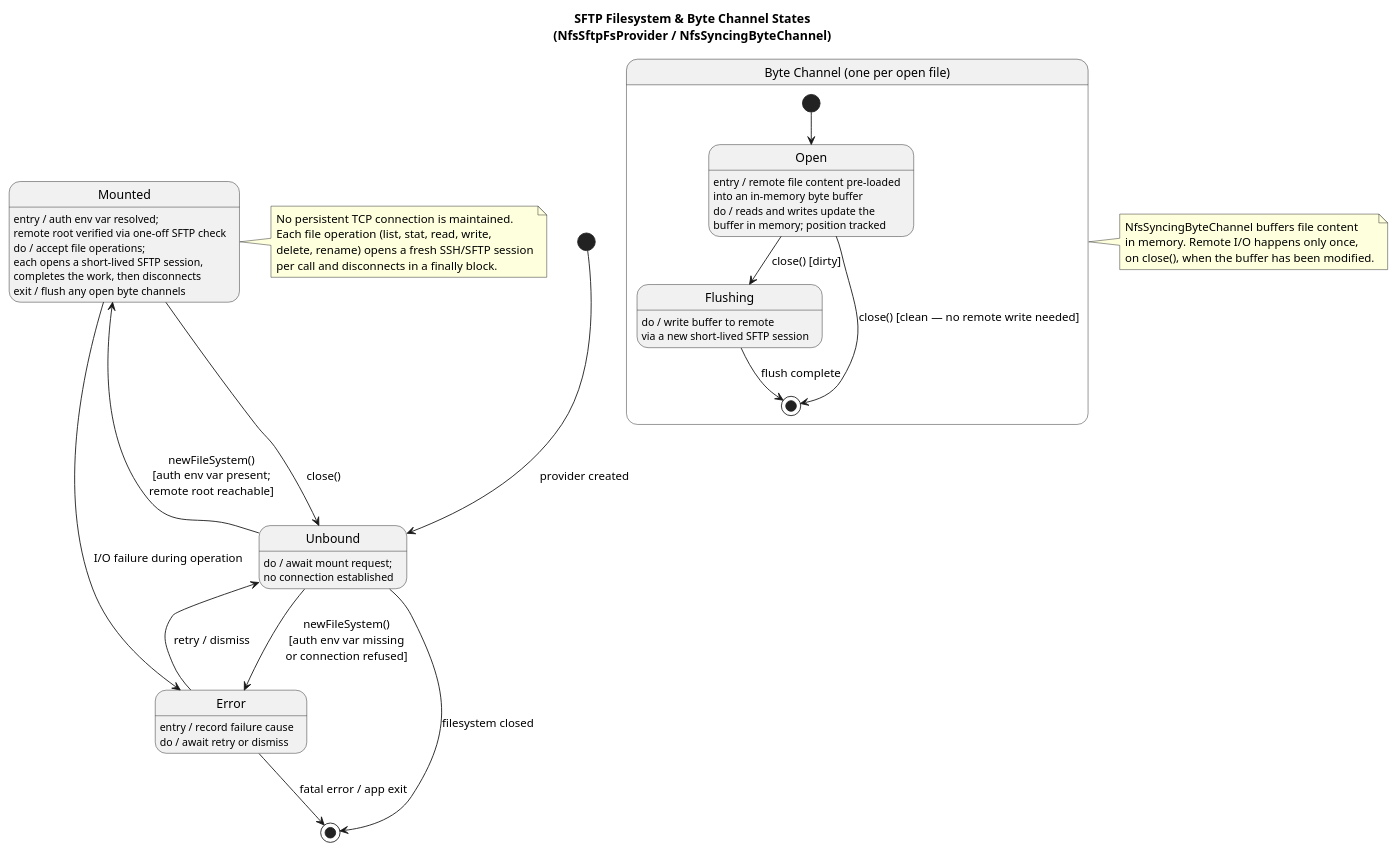
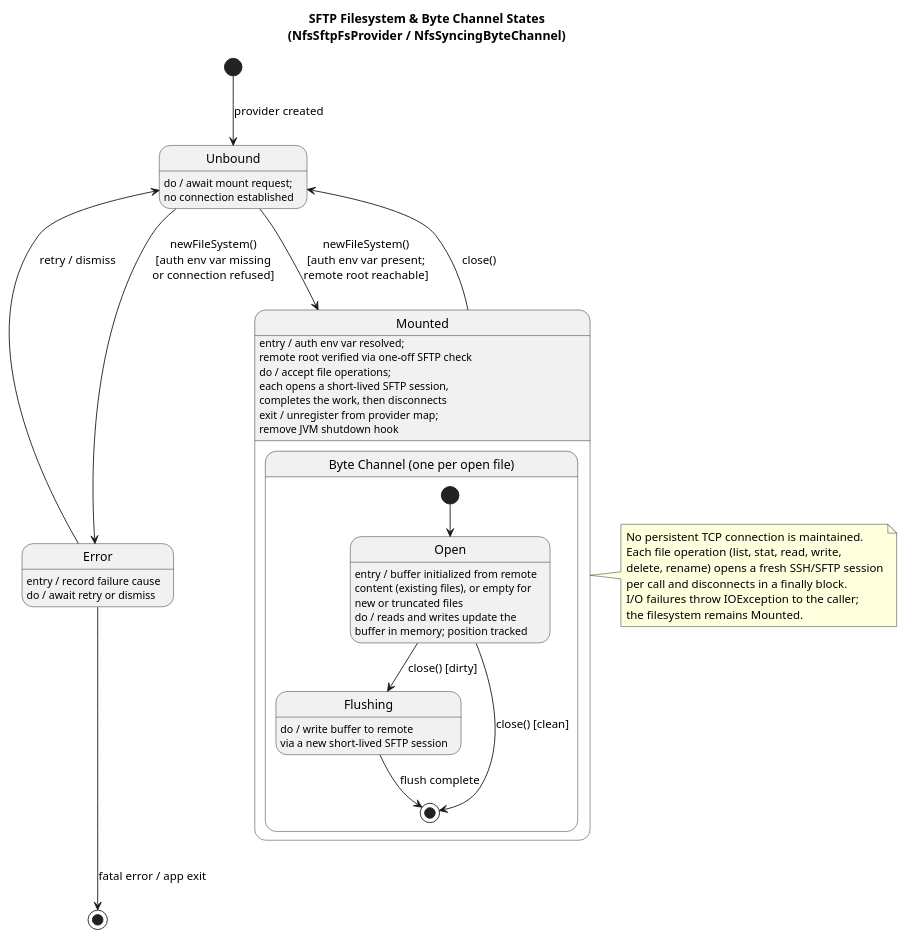
The diagram in docs/state-diagram-sftp-connection.puml (nikhilr612/weefs), drawn with PlantUML before and after one commit. The commit also changed 3 other files, not shown here.

Commit message:
Fix state diagram inconsistencies.

```diff
--- a/docs/state-diagram-sftp-connection.puml
+++ b/docs/state-diagram-sftp-connection.puml
@@ -1,51 +1,45 @@
 @startuml
 title SFTP Filesystem & Byte Channel States\n(NfsSftpFsProvider / NfsSyncingByteChannel)
 
 [*] --> Unbound : provider created
 
 state Unbound {
   Unbound : do / await mount request;\nno connection established
 }
 
-state Mounted {
-  Mounted : entry / auth env var resolved;\nremote root verified via one-off SFTP check
-  Mounted : do / accept file operations;\neach opens a short-lived SFTP session,\ncompletes the work, then disconnects
-  Mounted : exit / flush any open byte channels
-}
-
 state Error {
   Error : entry / record failure cause
   Error : do / await retry or dismiss
 }
 
-Unbound --> Mounted : newFileSystem()\n[auth env var present;\nremote root reachable]
-Unbound --> Error   : newFileSystem()\n[auth env var missing\nor connection refused]
-Mounted --> Unbound : close()
-Mounted --> Error   : I/O failure during operation
-Error   --> Unbound : retry / dismiss
-Error   --> [*]     : fatal error / app exit
-Unbound --> [*]     : filesystem closed
+Unbound -down->  Mounted : newFileSystem()\n[auth env var present;\nremote root reachable]
+Unbound -down->  Error   : newFileSystem()\n[auth env var missing\nor connection refused]
+Mounted -up->    Unbound : close()
+Error   -left->  Unbound : retry / dismiss
+Error   -down->  [*]     : fatal error / app exit
+
+state Mounted {
+  Mounted : entry / auth env var resolved;\nremote root verified via one-off SFTP check
+  Mounted : do / accept file operations;\neach opens a short-lived SFTP session,\ncompletes the work, then disconnects
+  Mounted : exit / unregister from provider map;\nremove JVM shutdown hook
+
+  state "Byte Channel (one per open file)" as BC {
+    [*] --> Open
+    Open : entry / buffer initialized from remote\ncontent (existing files), or empty for\nnew or truncated files
+    Open : do / reads and writes update the\nbuffer in memory; position tracked
+    Open --> Flushing : close() [dirty]
+    Open --> [*]      : close() [clean]
+    Flushing : do / write buffer to remote\nvia a new short-lived SFTP session
+    Flushing --> [*]  : flush complete
+  }
+}
 
 note right of Mounted
   No persistent TCP connection is maintained.
   Each file operation (list, stat, read, write,
   delete, rename) opens a fresh SSH/SFTP session
   per call and disconnects in a finally block.
-end note
-
-state "Byte Channel (one per open file)" as BC {
-  [*] --> Open
-  Open : entry / remote file content pre-loaded\ninto an in-memory byte buffer
-  Open : do / reads and writes update the\nbuffer in memory; position tracked
-  Open --> Flushing : close() [dirty]
-  Open --> [*]      : close() [clean — no remote write needed]
-  Flushing : do / write buffer to remote\nvia a new short-lived SFTP session
-  Flushing --> [*]  : flush complete
-}
-
-note right of BC
-  NfsSyncingByteChannel buffers file content
-  in memory. Remote I/O happens only once,
-  on close(), when the buffer has been modified.
+  I/O failures throw IOException to the caller;
+  the filesystem remains Mounted.
 end note
 @enduml
```
